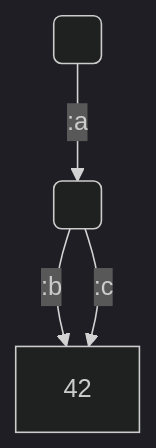
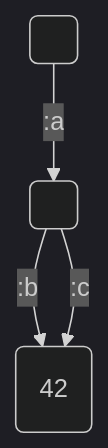
Before and after one commit to ekoontz/dag-unify: the first of 4 diagrams in README.md, drawn with Mermaid (dark theme).

Commit message:
use round brackets in mermaid diagrams consistently

````diff
--- a/README.md
+++ b/README.md
@@ -51,6 +51,6 @@
 ```mermaid
 graph TD
     X( ) --> |:a| Y( )
-    Y    --> |:b| Z[42]
+    Y    --> |:b| Z(42)
     Y    --> |:c| Z
 ```
````
